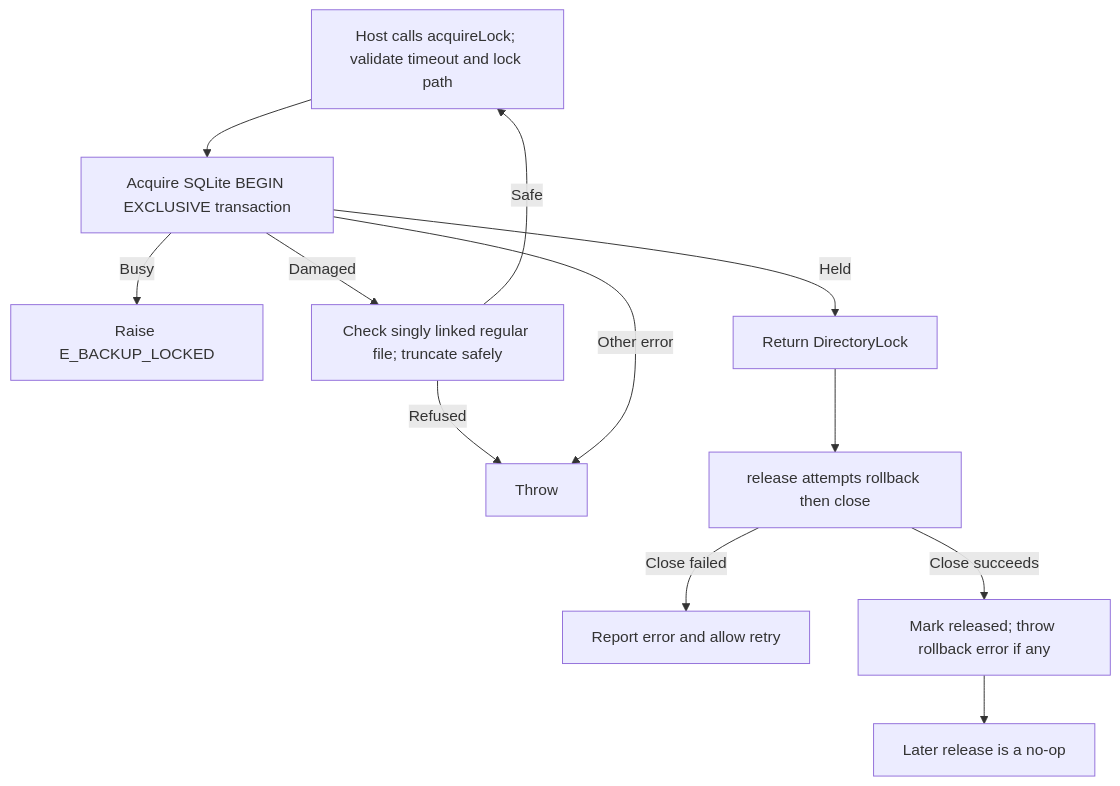
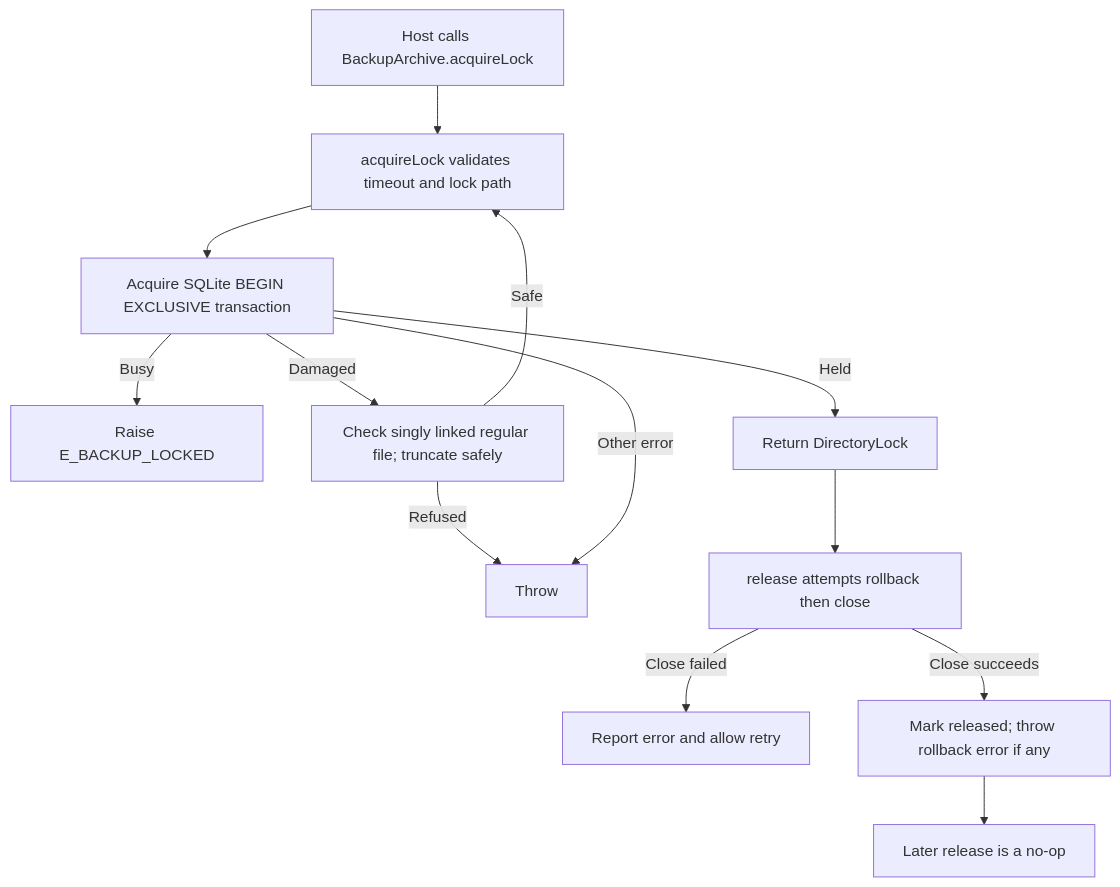
Before and after one commit to Kevinjohn/oss-adonisjs-sqlite-backup: the second of 2 diagrams in user-stories/integration/us-int-02-archive-lock.md, drawn with Mermaid. The commit also changed other lines of this file and 33 other files, not shown here.

Commit message:
Align SQLite backup public operations and exceptions

````diff
--- a/user-stories/integration/us-int-02-archive-lock.md
+++ b/user-stories/integration/us-int-02-archive-lock.md
@@ -31,14 +31,15 @@
 ```mermaid
 flowchart TD
-    A["Host calls acquireLock; validate timeout and lock path"] --> B["Acquire SQLite BEGIN EXCLUSIVE transaction"]
+    A0["Host calls BackupArchive.acquireLock"] --> A["acquireLock validates timeout and lock path"]
+    A --> B["Acquire SQLite BEGIN EXCLUSIVE transaction"]
     B -->|Busy| C["Raise E_BACKUP_LOCKED"]
     B -->|Damaged| G["Check singly linked regular file; truncate safely"]
     G -->|Safe| A
     G -->|Refused| H["Throw"]
     B -->|Other error| H
     B -->|Held| D["Return DirectoryLock"]
     D --> E["release attempts rollback then close"]
     E -->|Close failed| F["Report error and allow retry"]
     E -->|Close succeeds| I["Mark released; throw rollback error if any"]
     I --> J["Later release is a no-op"]
 ```
````
